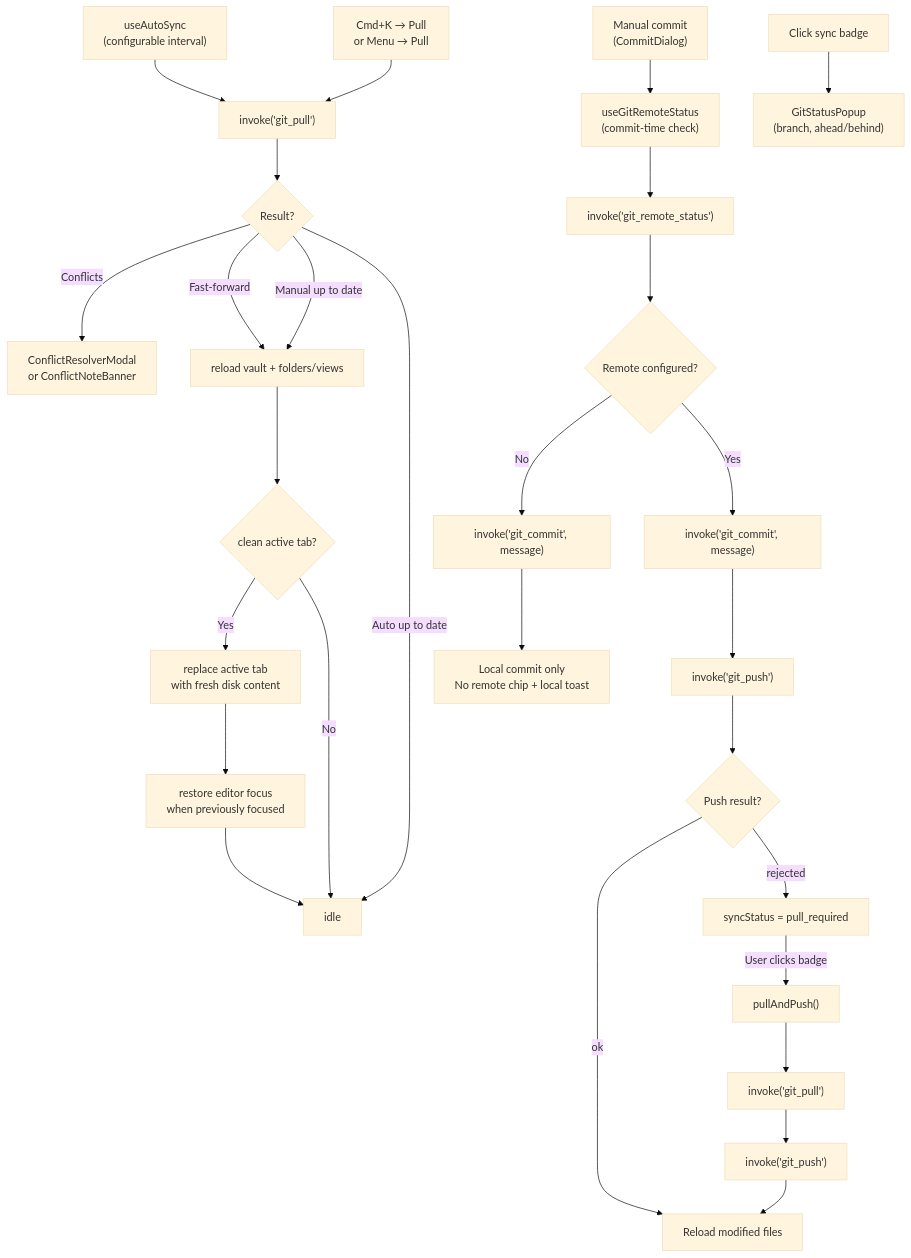
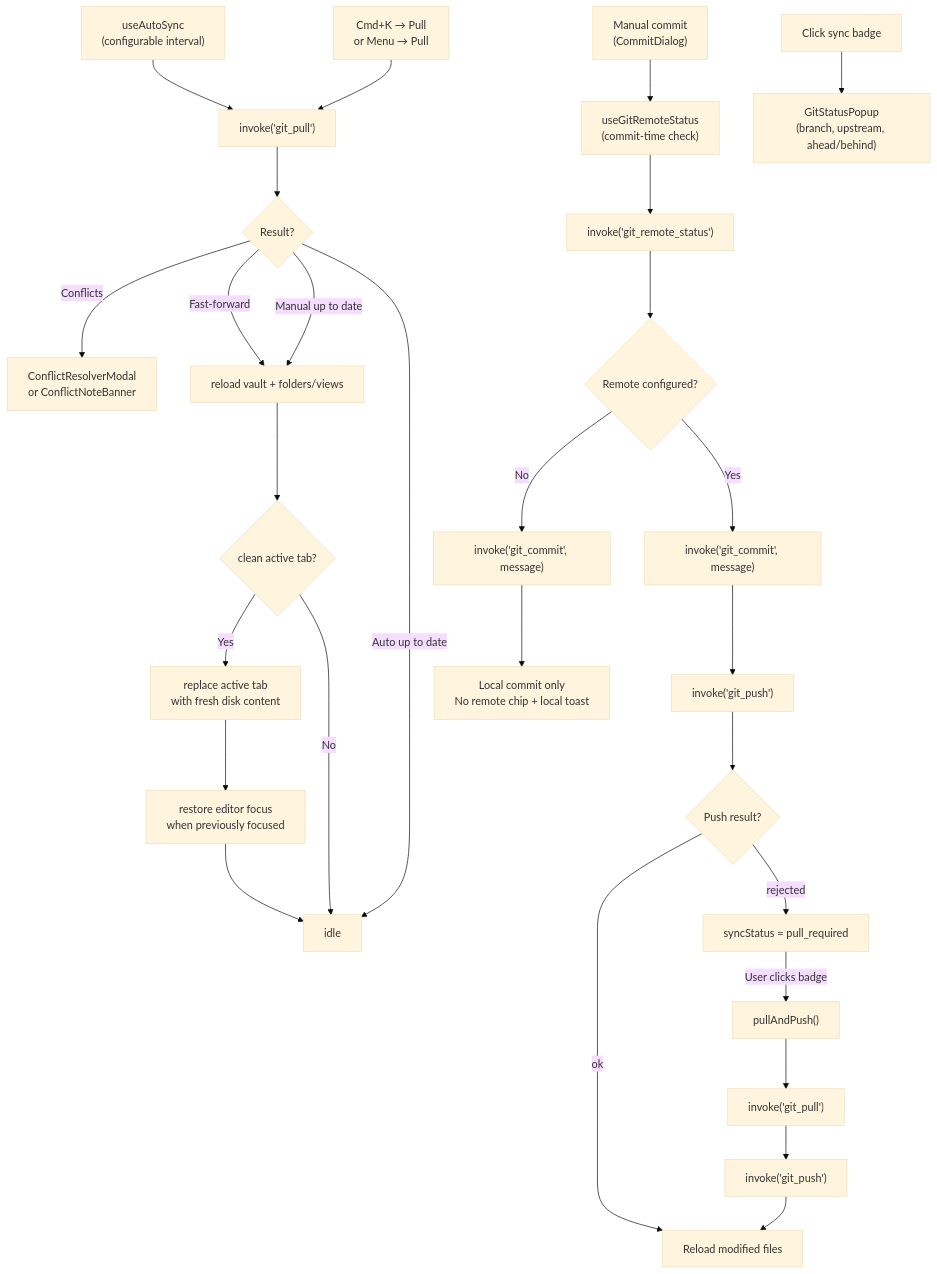
The ninth of 10 diagrams in docs/ARCHITECTURE.md (aimeritething/Fuwa), drawn with Mermaid (base theme) before and after one commit. The commit also changed other lines of this file and 35 other files, not shown here.

Commit message:
fix: support git sync on current upstream branch

````diff
--- a/docs/ARCHITECTURE.md
+++ b/docs/ARCHITECTURE.md
@@ -676,32 +676,32 @@
 ```mermaid
 flowchart TD
     AS["useAutoSync\n(configurable interval)"] --> PULL["invoke('git_pull')"]
     PULL --> PC{Result?}
     PC -->|Conflicts| CM["ConflictResolverModal\nor ConflictNoteBanner"]
     PC -->|Fast-forward| RV["reload vault + folders/views"]
     RV --> TAB{"clean active tab?"}
     TAB -->|Yes| RT["replace active tab\nwith fresh disk content"]
     TAB -->|No| DONE["idle"]
     RT --> RF["restore editor focus\nwhen previously focused"]
     RF --> DONE
     PC -->|Manual up to date| RV
     PC -->|Auto up to date| DONE["idle"]
 
     MAN["Manual commit\n(CommitDialog)"] --> RS["useGitRemoteStatus\n(commit-time check)"]
     RS --> RCHK["invoke('git_remote_status')"]
     RCHK --> RMODE{Remote configured?}
     RMODE -->|No| GC["invoke('git_commit', message)"]
     GC --> LOCAL["Local commit only\nNo remote chip + local toast"]
     RMODE -->|Yes| GC2["invoke('git_commit', message)"]
     GC2 --> GP["invoke('git_push')"]
     GP --> PR{Push result?}
     PR -->|ok| RM["Reload modified files"]
     PR -->|rejected| DIV["syncStatus = pull_required"]
     DIV -->|User clicks badge| PAP["pullAndPush()"]
     PAP --> PULL2["invoke('git_pull')"]
     PULL2 --> GP2["invoke('git_push')"]
     GP2 --> RM
 
     CMD["Cmd+K → Pull\nor Menu → Pull"] --> PULL
-    STATUS["Click sync badge"] --> POPUP["GitStatusPopup\n(branch, ahead/behind)"]
+    STATUS["Click sync badge"] --> POPUP["GitStatusPopup\n(branch, upstream, ahead/behind)"]
 ```
````
